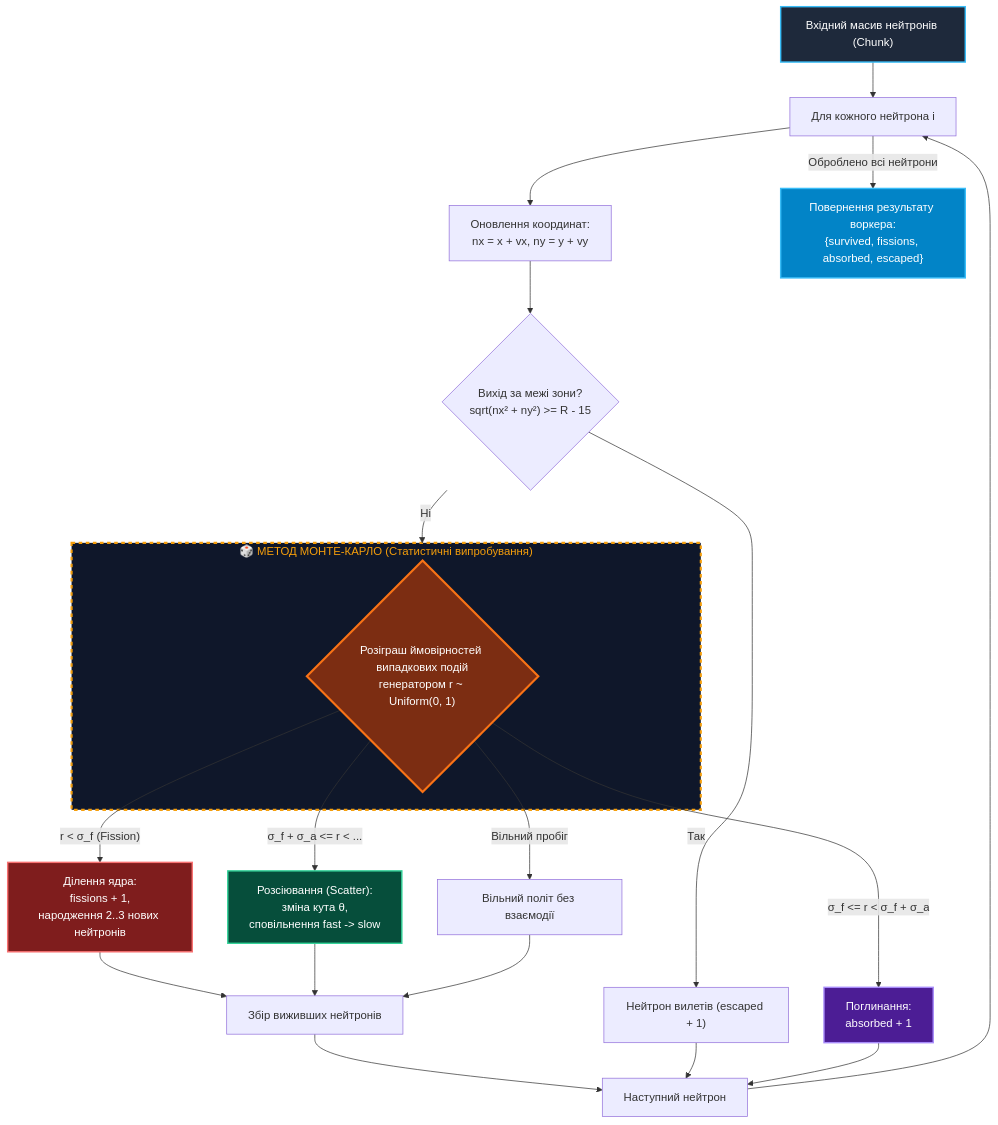
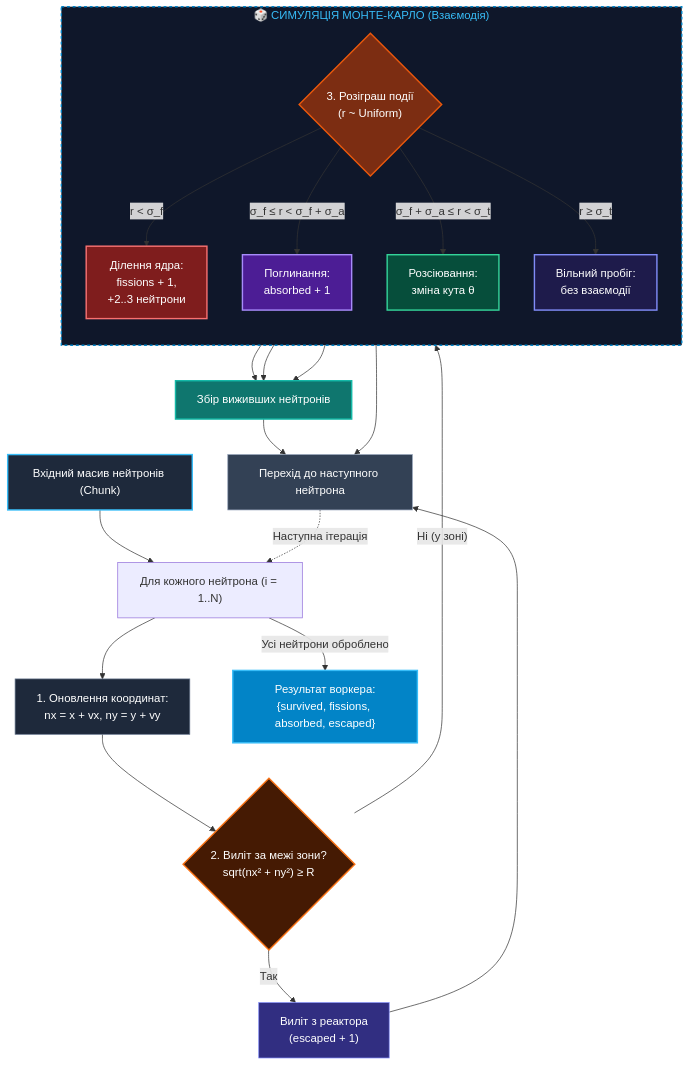
The third of 4 diagrams in docs/p01_neutron_monte_carlo.md (vplanto/cloud_grid), drawn with Mermaid before and after one commit.

````diff
--- a/docs/p01_neutron_monte_carlo.md
+++ b/docs/p01_neutron_monte_carlo.md
@@ -83,37 +83,44 @@
 ```mermaid
 flowchart TD
-    Start["Вхідний масив нейтронів (Chunk)"] --> Loop["Для кожного нейтрона i"]
-    Loop --> Move["Оновлення координат:<br>nx = x + vx, ny = y + vy"]
-    Move --> EscapeCheck{"Вихід за межі зони?<br>sqrt(nx² + ny²) >= R - 15"}
+    Start["Вхідний масив нейтронів (Chunk)"] --> Loop["Для кожного нейтрона (i = 1..N)"]
+    Loop --> Move["1. Оновлення координат:<br>nx = x + vx, ny = y + vy"]
+    Move --> EscapeCheck{"2. Виліт за межі зони?<br>sqrt(nx² + ny²) ≥ R"}
     
-    EscapeCheck -->|"Так"| Escaped["Нейтрон вилетів (escaped + 1)"]
-    EscapeCheck -->|"Ні"| MC_Block
+    EscapeCheck -->|"Так"| Escaped["Виліт з реактора<br>(escaped + 1)"]
+    EscapeCheck -->|"Ні (у зоні)"| EventRoll
 
-    subgraph MC_Block ["🎲 МЕТОД МОНТЕ-КАРЛО (Статистичні випробування)"]
-        EventRoll{"Розіграш ймовірностей випадкових подій<br>генератором r ~ Uniform(0, 1)"}
+    subgraph MC_Block ["🎲 СИМУЛЯЦІЯ МОНТЕ-КАРЛО (Взаємодія)"]
+        direction TB
+        EventRoll{"3. Розіграш події<br>(r ~ Uniform)"}
+        
+        EventRoll -->|"r < σ_f"| Fission["Ділення ядра:<br>fissions + 1,<br>+2..3 нейтрони"]
+        EventRoll -->|"σ_f ≤ r < σ_f + σ_a"| Absorb["Поглинання:<br>absorbed + 1"]
+        EventRoll -->|"σ_f + σ_a ≤ r < σ_t"| Scatter["Розсіювання:<br>зміна кута θ"]
+        EventRoll -->|"r ≥ σ_t"| FreeTravel["Вільний пробіг:<br>без взаємодії"]
     end
-
-    EventRoll -->|"r < σ_f (Fission)"| Fission["Ділення ядра:<br>fissions + 1,<br>народження 2..3 нових нейтронів"]
-    EventRoll -->|"σ_f <= r < σ_f + σ_a"| Absorb["Поглинання:<br>absorbed + 1"]
-    EventRoll -->|"σ_f + σ_a <= r < ... "| Scatter["Розсіювання (Scatter):<br>зміна кута θ,<br>сповільнення fast -> slow"]
-    EventRoll -->|"Вільний пробіг"| FreeTravel["Вільний політ без взаємодії"]
 
     Fission --> Collect["Збір виживших нейтронів"]
     Scatter --> Collect
     FreeTravel --> Collect
 
-    Collect --> Next["Наступний нейтрон"]
+    Collect --> Next["Перехід до наступного нейтрона"]
+    Absorb --> Next
     Escaped --> Next
-    Absorb --> Next
 
-    Next --> Loop
-    Loop -->|"Оброблено всі нейтрони"| End["Повернення результату воркера:<br>{survived, fissions, absorbed, escaped}"]
+    Next -.->|"Наступна ітерація"| Loop
+    Loop -->|"Усі нейтрони оброблено"| End["Результат воркера:<br>{survived, fissions, absorbed, escaped}"]
 
-    style MC_Block fill:#0f172a,color:#f59e0b,stroke:#f59e0b,stroke-width:3px,stroke-dasharray: 5 5
-    style EventRoll fill:#7c2d12,color:#fff,stroke:#f97316,stroke-width:3px
+    style MC_Block fill:#0f172a,color:#38bdf8,stroke:#0284c7,stroke-width:2px,stroke-dasharray: 4 4
     style Start fill:#1e293b,color:#fff,stroke:#38bdf8,stroke-width:2px
+    style Move fill:#1e293b,color:#fff,stroke:#64748b,stroke-width:1px
+    style EscapeCheck fill:#451a03,color:#fff,stroke:#f97316,stroke-width:2px
+    style EventRoll fill:#7c2d12,color:#fff,stroke:#ea580c,stroke-width:2px
     style Fission fill:#7f1d1d,color:#fff,stroke:#f87171,stroke-width:2px
     style Absorb fill:#4c1d95,color:#fff,stroke:#a78bfa,stroke-width:2px
     style Scatter fill:#064e3b,color:#fff,stroke:#34d399,stroke-width:2px
+    style FreeTravel fill:#1e1b4b,color:#fff,stroke:#818cf8,stroke-width:2px
+    style Escaped fill:#312e81,color:#fff,stroke:#818cf8,stroke-width:1px
+    style Collect fill:#0f766e,color:#fff,stroke:#14b8a6,stroke-width:2px
+    style Next fill:#334155,color:#fff,stroke:#94a3b8,stroke-width:1px
     style End fill:#0284c7,color:#fff,stroke:#38bdf8,stroke-width:2px
 ```
````
